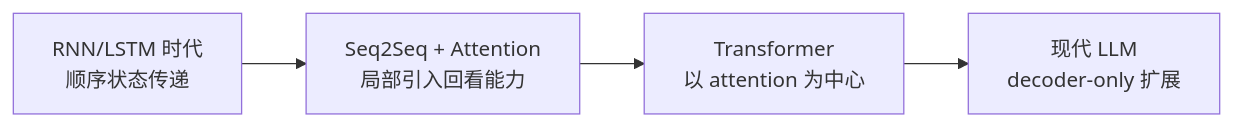
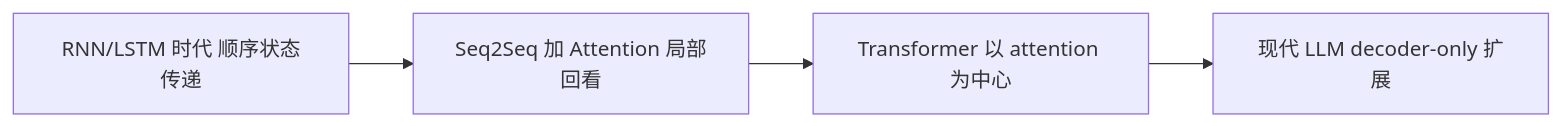
The third of 4 diagrams in docs/01-llm-foundations/chapter-01-why-transformer.md (xiaoqianbaobao/ai-guide), drawn with Mermaid before and after one commit. The commit also changed 15 other files, not shown here.

````diff
--- a/docs/01-llm-foundations/chapter-01-why-transformer.md
+++ b/docs/01-llm-foundations/chapter-01-why-transformer.md
@@ -124,6 +124,6 @@
 ```mermaid
 flowchart LR
-    A[RNN/LSTM 时代<br/>顺序状态传递] --> B[Seq2Seq + Attention<br/>局部引入回看能力]
-    B --> C[Transformer<br/>以 attention 为中心]
-    C --> D[现代 LLM<br/>decoder-only 扩展]
+    A[RNN/LSTM 时代 顺序状态传递] --> B[Seq2Seq 加 Attention 局部回看]
+    B --> C[Transformer 以 attention 为中心]
+    C --> D[现代 LLM decoder-only 扩展]
 ```
````
